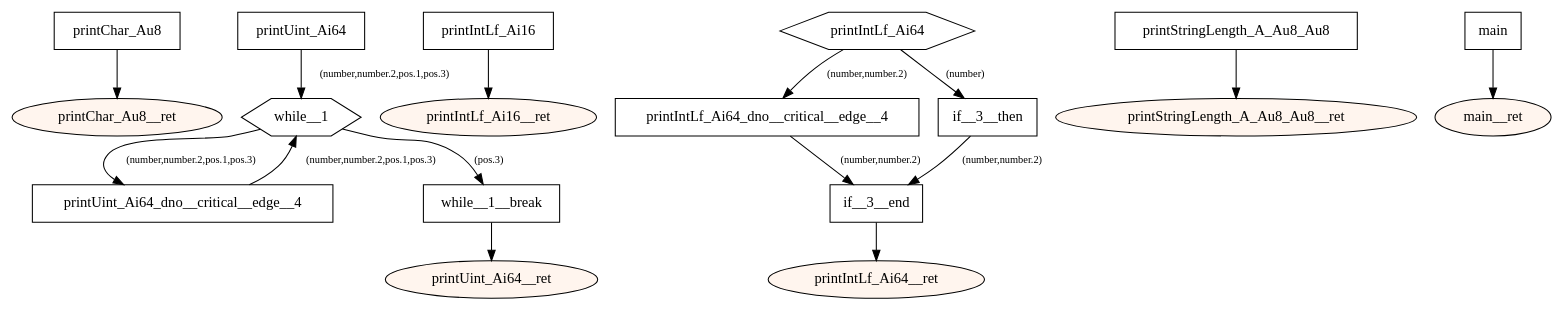
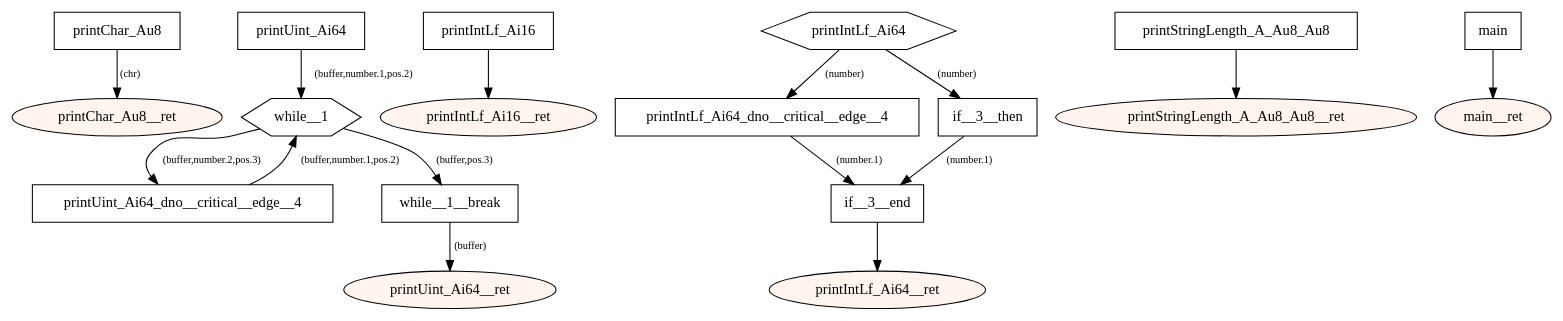
One commit to tmssngr/tinyC changed the diagram in src/main/resources-test/compiler/windows/global vars.dot. Above: the diagram before and after it, drawn with Graphviz. The commit also changed 159 other files, not shown here.

```diff
--- a/src/main/resources-test/compiler/windows/global vars.dot
+++ b/src/main/resources-test/compiler/windows/global vars.dot
@@ -1,47 +1,47 @@
 digraph program {
 	edge[fontsize="10pt"];
 	subgraph fn_printChar_Au8 {
 		BasicBlock_0_printChar_Au8 [label="printChar_Au8",shape=box];
-		BasicBlock_0_printChar_Au8 -> BasicBlock_0_printChar_Au8__ret;
+		BasicBlock_0_printChar_Au8 -> BasicBlock_0_printChar_Au8__ret [label="(chr)"];
 		BasicBlock_0_printChar_Au8__ret [label="printChar_Au8__ret",shape=oval,style=filled,fillcolor="#fff5ee"];
 	}
 	subgraph fn_printUint_Ai64 {
 		BasicBlock_1_printUint_Ai64 [label="printUint_Ai64",shape=box];
-		BasicBlock_1_printUint_Ai64 -> BasicBlock_1_while__1 [label="(number,number.2,pos.1,pos.3)"];
+		BasicBlock_1_printUint_Ai64 -> BasicBlock_1_while__1 [label="(buffer,number.1,pos.2)"];
 		BasicBlock_1_printUint_Ai64_dno__critical__edge__4 [label="printUint_Ai64_dno__critical__edge__4",shape=box];
-		BasicBlock_1_printUint_Ai64_dno__critical__edge__4 -> BasicBlock_1_while__1 [label="(number,number.2,pos.1,pos.3)"];
+		BasicBlock_1_printUint_Ai64_dno__critical__edge__4 -> BasicBlock_1_while__1 [label="(buffer,number.1,pos.2)"];
 		BasicBlock_1_while__1 [label="while__1",shape=hexagon];
-		BasicBlock_1_while__1 -> BasicBlock_1_printUint_Ai64_dno__critical__edge__4 [label="(number,number.2,pos.1,pos.3)"];
-		BasicBlock_1_while__1 -> BasicBlock_1_while__1__break [label="(pos.3)"];
+		BasicBlock_1_while__1 -> BasicBlock_1_printUint_Ai64_dno__critical__edge__4 [label="(buffer,number.2,pos.3)"];
+		BasicBlock_1_while__1 -> BasicBlock_1_while__1__break [label="(buffer,pos.3)"];
 		BasicBlock_1_while__1__break [label="while__1__break",shape=box];
-		BasicBlock_1_while__1__break -> BasicBlock_1_printUint_Ai64__ret;
+		BasicBlock_1_while__1__break -> BasicBlock_1_printUint_Ai64__ret [label="(buffer)"];
 		BasicBlock_1_printUint_Ai64__ret [label="printUint_Ai64__ret",shape=oval,style=filled,fillcolor="#fff5ee"];
 	}
 	subgraph fn_printIntLf_Ai16 {
 		BasicBlock_2_printIntLf_Ai16 [label="printIntLf_Ai16",shape=box];
 		BasicBlock_2_printIntLf_Ai16 -> BasicBlock_2_printIntLf_Ai16__ret;
 		BasicBlock_2_printIntLf_Ai16__ret [label="printIntLf_Ai16__ret",shape=oval,style=filled,fillcolor="#fff5ee"];
 	}
 	subgraph fn_printIntLf_Ai64 {
 		BasicBlock_3_printIntLf_Ai64 [label="printIntLf_Ai64",shape=hexagon];
-		BasicBlock_3_printIntLf_Ai64 -> BasicBlock_3_printIntLf_Ai64_dno__critical__edge__4 [label="(number,number.2)"];
+		BasicBlock_3_printIntLf_Ai64 -> BasicBlock_3_printIntLf_Ai64_dno__critical__edge__4 [label="(number)"];
 		BasicBlock_3_printIntLf_Ai64 -> BasicBlock_3_if__3__then [label="(number)"];
 		BasicBlock_3_printIntLf_Ai64_dno__critical__edge__4 [label="printIntLf_Ai64_dno__critical__edge__4",shape=box];
-		BasicBlock_3_printIntLf_Ai64_dno__critical__edge__4 -> BasicBlock_3_if__3__end [label="(number,number.2)"];
+		BasicBlock_3_printIntLf_Ai64_dno__critical__edge__4 -> BasicBlock_3_if__3__end [label="(number.1)"];
 		BasicBlock_3_if__3__then [label="if__3__then",shape=box];
-		BasicBlock_3_if__3__then -> BasicBlock_3_if__3__end [label="(number,number.2)"];
+		BasicBlock_3_if__3__then -> BasicBlock_3_if__3__end [label="(number.1)"];
 		BasicBlock_3_if__3__end [label="if__3__end",shape=box];
 		BasicBlock_3_if__3__end -> BasicBlock_3_printIntLf_Ai64__ret;
 		BasicBlock_3_printIntLf_Ai64__ret [label="printIntLf_Ai64__ret",shape=oval,style=filled,fillcolor="#fff5ee"];
 	}
 	subgraph fn_printStringLength_A_Au8_Au8 {
 		BasicBlock_4_printStringLength_A_Au8_Au8 [label="printStringLength_A_Au8_Au8",shape=box];
 		BasicBlock_4_printStringLength_A_Au8_Au8 -> BasicBlock_4_printStringLength_A_Au8_Au8__ret;
 		BasicBlock_4_printStringLength_A_Au8_Au8__ret [label="printStringLength_A_Au8_Au8__ret",shape=oval,style=filled,fillcolor="#fff5ee"];
 	}
 	subgraph fn_main {
 		BasicBlock_5_main [label="main",shape=box];
 		BasicBlock_5_main -> BasicBlock_5_main__ret;
 		BasicBlock_5_main__ret [label="main__ret",shape=oval,style=filled,fillcolor="#fff5ee"];
 	}
 }
```
